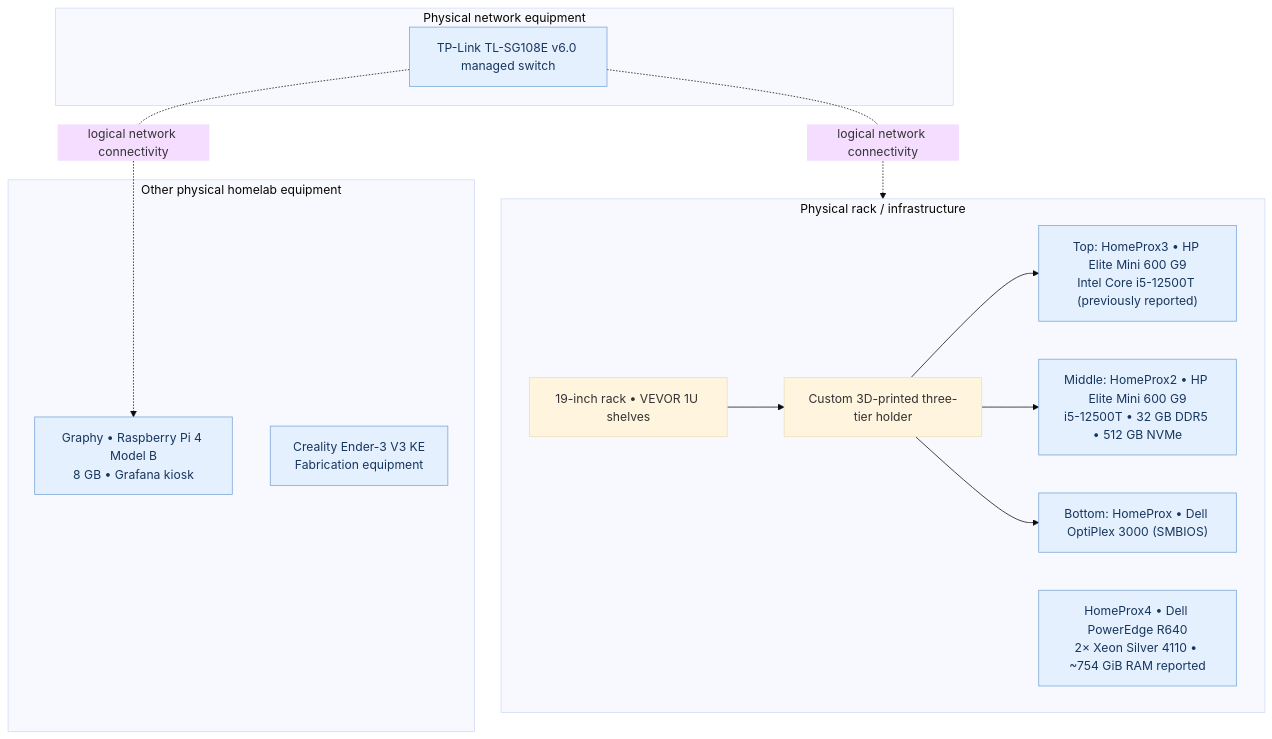
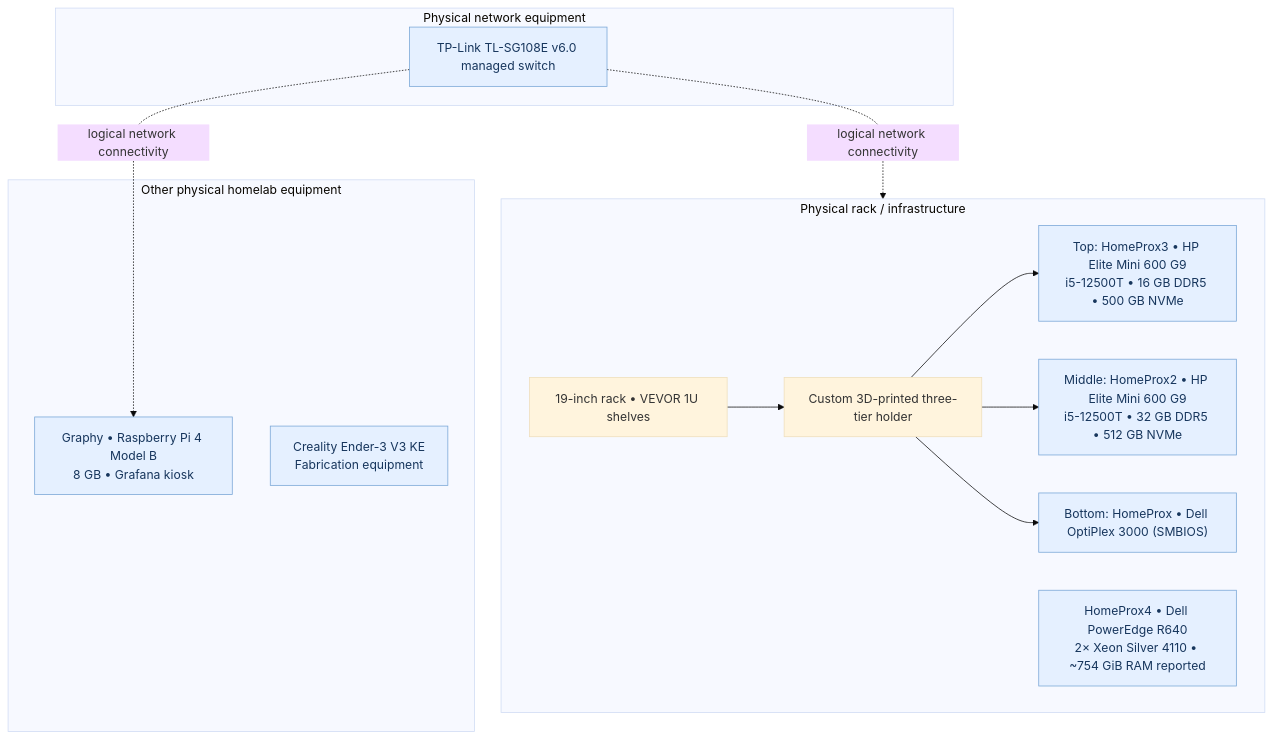
One commit to samuelkemp1619/HOMELAB-PORTFOLIO changed the second of 2 diagrams in network/diagrams/README.md. Above: the diagram before and after it, drawn with Mermaid (base theme). The commit also changed other lines of this file, not shown here.

Commit message:
Record verified HomeProx3 hardware specifications

````diff
--- a/network/diagrams/README.md
+++ b/network/diagrams/README.md
@@ -54,26 +54,26 @@
 ```mermaid
 flowchart TB
     subgraph RACK["Physical rack / infrastructure"]
         SHELVES["19-inch rack • VEVOR 1U shelves"]
         HOLDER["Custom 3D-printed three-tier holder"]
-        H3["Top: HomeProx3 • HP Elite Mini 600 G9<br/>Intel Core i5-12500T (previously reported)"]
+        H3["Top: HomeProx3 • HP Elite Mini 600 G9<br/>i5-12500T • 16 GB DDR5 • 500 GB NVMe"]
         H2["Middle: HomeProx2 • HP Elite Mini 600 G9<br/>i5-12500T • 32 GB DDR5 • 512 GB NVMe"]
         H1["Bottom: HomeProx • Dell OptiPlex 3000 (SMBIOS)"]
         R640["HomeProx4 • Dell PowerEdge R640<br/>2× Xeon Silver 4110 • ~754 GiB RAM reported"]
         SHELVES --> HOLDER
         HOLDER --> H3
         HOLDER --> H2
         HOLDER --> H1
     end
     subgraph NETWORK_HW["Physical network equipment"]
         SWITCH_HW["TP-Link TL-SG108E v6.0 managed switch"]
     end
     subgraph OTHER_HW["Other physical homelab equipment"]
         PI4["Graphy • Raspberry Pi 4 Model B<br/>8 GB • Grafana kiosk"]
         PRINTER["Creality Ender-3 V3 KE<br/>Fabrication equipment"]
     end
     SWITCH_HW -. "logical network connectivity" .-> RACK
     SWITCH_HW -. "logical network connectivity" .-> PI4
     classDef platform fill:#e5f0ff,color:#17365d,stroke:#77a5d6
     class H1,H2,H3,R640,SWITCH_HW,PI4,PRINTER platform
 ```
````
